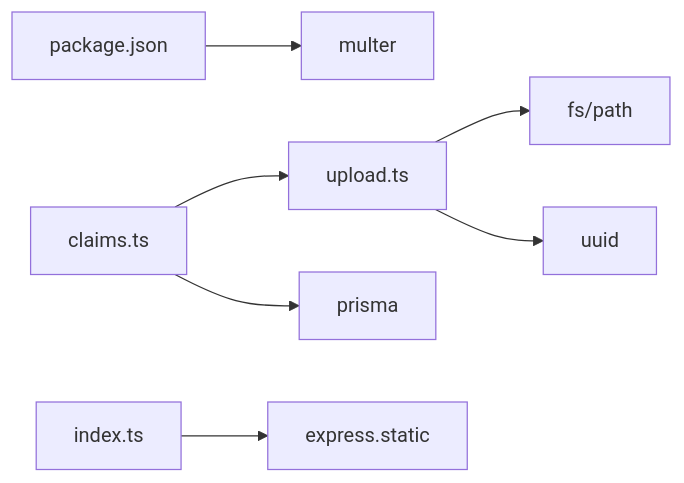
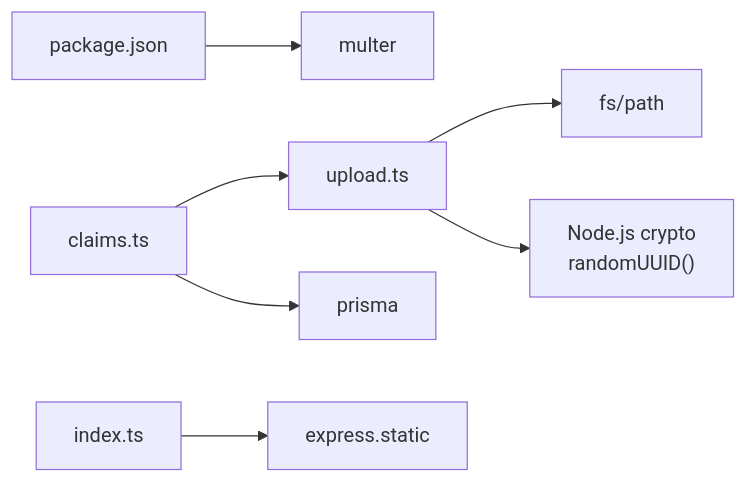
The fourth of 5 diagrams in .qoder/repowiki/en/content/Backend Documentation/Middleware & Request Processing/File Upload Middleware.md (NaveenHiranya/Smart-Vehicle-Insurance-Claim-System), drawn with Mermaid before and after one commit. The commit also changed other lines of this file and 8 other files, not shown here.

````diff
--- a/.qoder/repowiki/en/content/Backend Documentation/Middleware & Request Processing/File Upload Middleware.md
+++ b/.qoder/repowiki/en/content/Backend Documentation/Middleware & Request Processing/File Upload Middleware.md
@@ -192,9 +207,9 @@
 ```mermaid
 graph LR
 Pkg["package.json"] --> M["multer"]
 U["upload.ts"] --> FS["fs/path"]
-U --> UUID["uuid"]
+U --> Crypto["Node.js crypto<br/>randomUUID()"]
 R["claims.ts"] --> U
 R --> PR["prisma"]
 A["index.ts"] --> S["express.static"]
 ```
````
